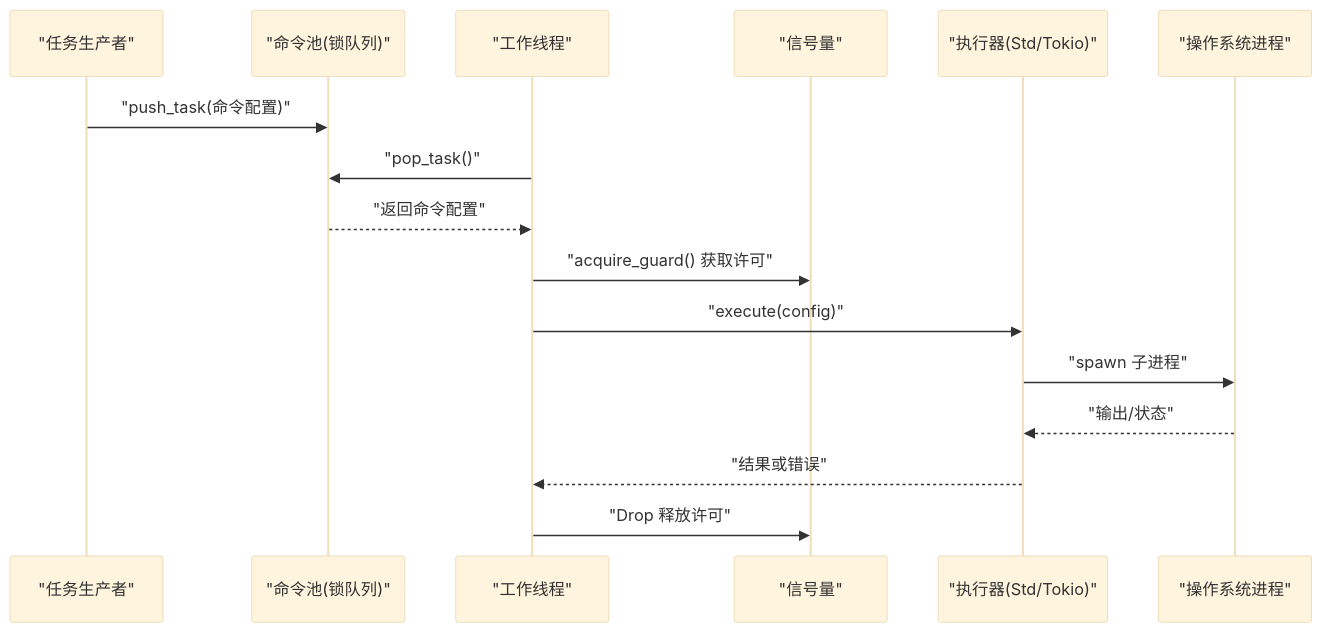
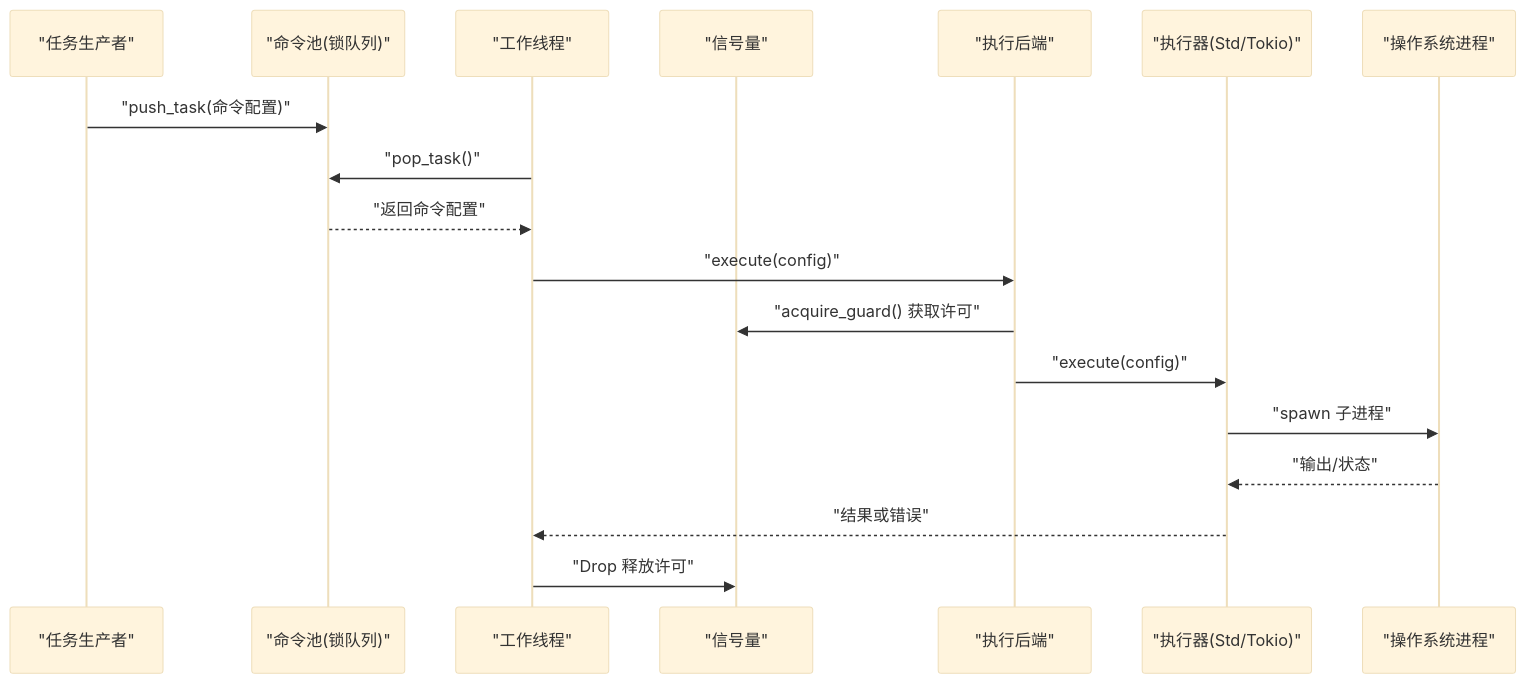
Before and after one commit to xcry2006/execute: the second of 10 diagrams in .qoder/repowiki/zh/content/并发控制机制.md, drawn with Mermaid (base theme). The commit also changed other lines of this file and 9 other files, not shown here.

````diff
--- a/.qoder/repowiki/zh/content/并发控制机制.md
+++ b/.qoder/repowiki/zh/content/并发控制机制.md
@@ -109,18 +108,20 @@
 ```mermaid
 sequenceDiagram
 participant Producer as "任务生产者"
 participant Pool as "命令池(锁队列)"
 participant Worker as "工作线程"
 participant Sem as "信号量"
+participant Backend as "执行后端"
 participant Exec as "执行器(Std/Tokio)"
 participant OS as "操作系统进程"
 Producer->>Pool : "push_task(命令配置)"
 Worker->>Pool : "pop_task()"
 Pool-->>Worker : "返回命令配置"
-Worker->>Sem : "acquire_guard() 获取许可"
-Worker->>Exec : "execute(config)"
+Worker->>Backend : "execute(config)"
+Backend->>Sem : "acquire_guard() 获取许可"
+Backend->>Exec : "execute(config)"
 Exec->>OS : "spawn 子进程"
 OS-->>Exec : "输出/状态"
 Exec-->>Worker : "结果或错误"
 Worker->>Sem : "Drop 释放许可"
 ```
````
